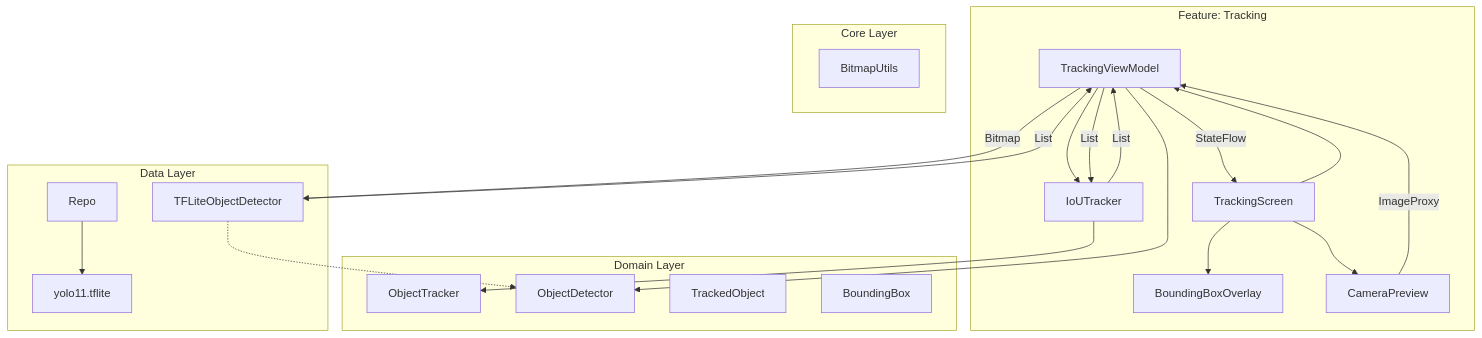
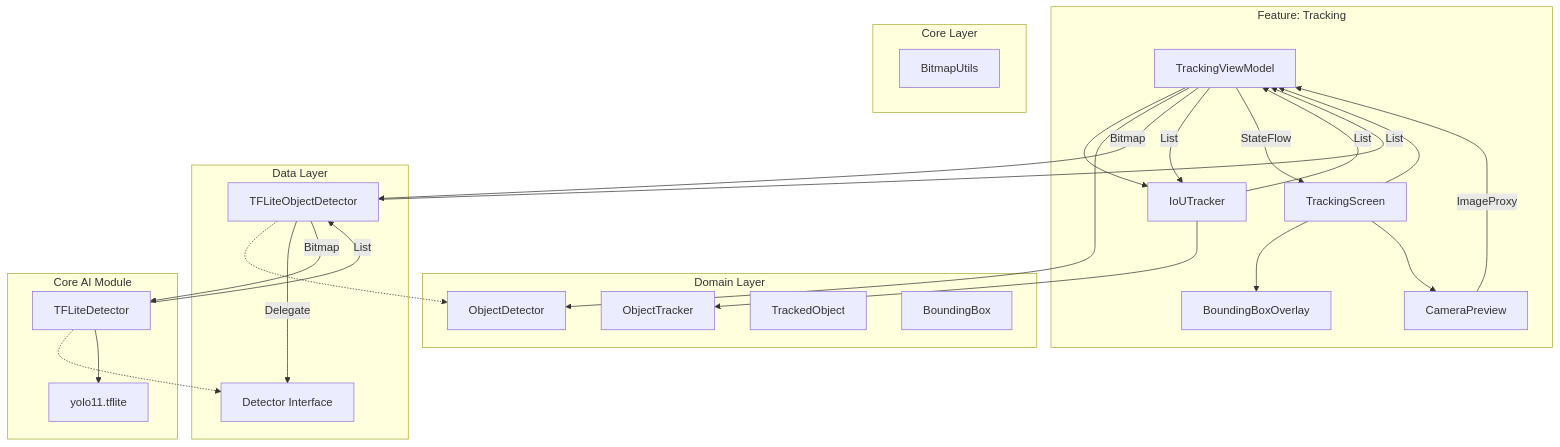
The diagram in README.md (camai/AnimalTracking), drawn with Mermaid before and after one commit. The commit also changed other lines of this file and 19 other files, not shown here.

````diff
--- a/README.md
+++ b/README.md
@@ -9,32 +9,40 @@
 ```mermaid
 graph TD
     subgraph Feature [Feature: Tracking]
         ViewModel[TrackingViewModel] --> UseCase[IoUTracker]
         Screen[TrackingScreen] --> ViewModel
         Screen --> Overlay[BoundingBoxOverlay]
         Screen --> Camera[CameraPreview]
     end
-
+ 
     subgraph Domain [Domain Layer]
         UseCase --> TrackerInterface[ObjectTracker]
         ViewModel --> DetectorInterface[ObjectDetector]
         Entity[TrackedObject]
         EntityBox[BoundingBox]
     end
-
+ 
     subgraph Data [Data Layer]
         DetectorImpl[TFLiteObjectDetector] -.-> DetectorInterface
-        Repo --> Assets[yolo11.tflite]
+        DetectorImpl -- Delegate --> AiLib[AI Library]
     end
-
+    
+    subgraph AI [Core AI Module]
+        AiLib[Detector Interface]
+        AiCore[TFLiteDetector] -.-> AiLib
+        AiCore --> Assets[yolo11.tflite]
+    end
+ 
     subgraph Core [Core Layer]
         Utils[BitmapUtils]
     end
-
+ 
     Camera -- ImageProxy --> ViewModel
     ViewModel -- Bitmap --> DetectorImpl
+    DetectorImpl -- Bitmap --> AiCore
+    AiCore -- List<DetectionBox> --> DetectorImpl
     DetectorImpl -- List<BoundingBox> --> ViewModel
     ViewModel -- List<BoundingBox> --> UseCase
     UseCase -- List<TrackedObject> --> ViewModel
     ViewModel -- StateFlow --> Screen
 ```
````
